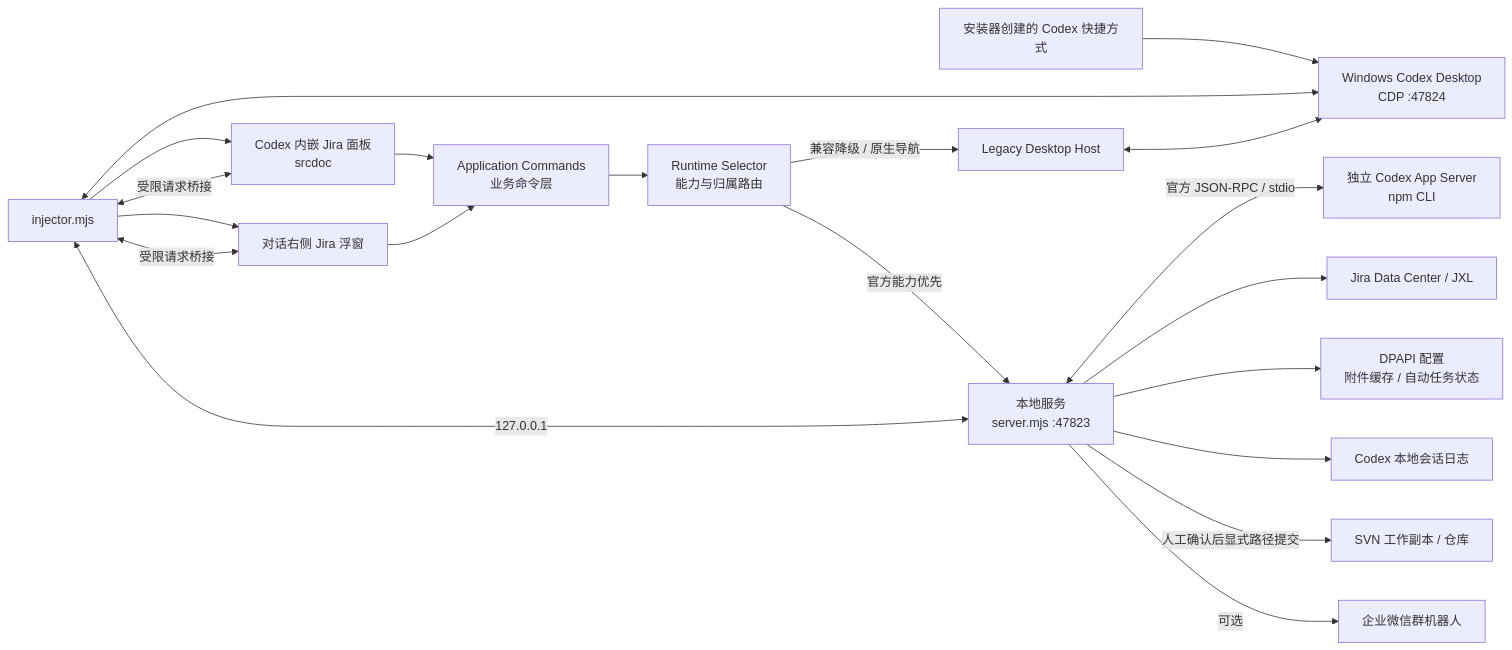
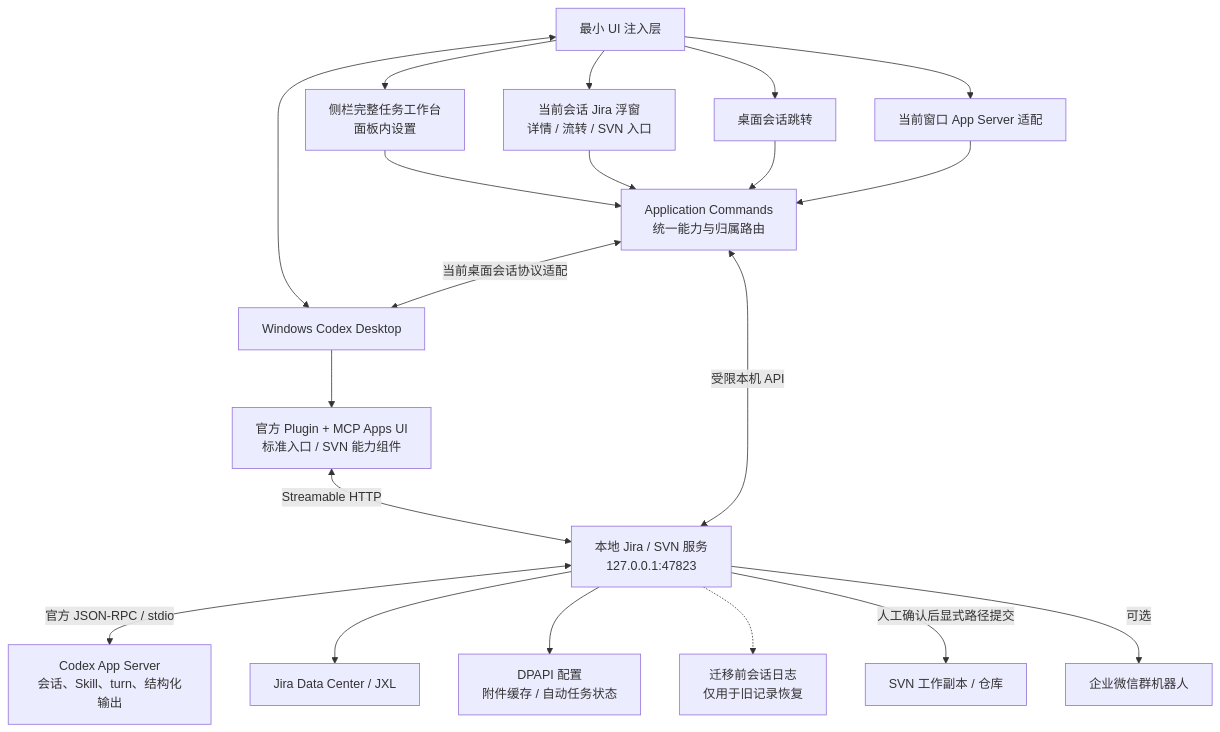
Before and after one commit to yzj555/jira-codex-panel-poc: the diagram in README.md, drawn with Mermaid. The commit also changed other lines of this file and 53 other files, not shown here.

First line of the commit message:
完成 Jira Codex 架构迁移并优化任务工作台

```diff
--- a/README.md
+++ b/README.md
@@ -423,22 +451,24 @@
 ~~~mermaid
-flowchart LR
-    Shortcut["安装器创建的 Codex 快捷方式"] --> Codex["Windows Codex Desktop<br/>CDP :47824"]
-    Injector["injector.mjs"] <--> Codex
-    Injector --> Panel["Codex 内嵌 Jira 面板<br/>srcdoc"]
-    Injector --> Float["对话右侧 Jira 浮窗"]
-    Panel --> Commands["Application Commands<br/>业务命令层"]
+flowchart TB
+    Codex["Windows Codex Desktop"] --> Plugin["官方 Plugin + MCP Apps UI<br/>标准入口 / SVN 能力组件"]
+    Plugin <-->|Streamable HTTP| Server["本地 Jira / SVN 服务<br/>127.0.0.1:47823"]
+    Server <-->|官方 JSON-RPC / stdio| AppServer["Codex App Server<br/>会话、Skill、turn、结构化输出"]
+
+    Injector["最小 UI 注入层"] <--> Codex
+    Injector --> Sidebar["侧栏完整任务工作台<br/>面板内设置"]
+    Injector --> Float["当前会话 Jira 浮窗<br/>详情 / 流转 / SVN 入口"]
+    Injector --> Navigation["桌面会话跳转"]
+    Injector --> DesktopAdapter["当前窗口 App Server 适配"]
+    Sidebar --> Commands["Application Commands<br/>统一能力与归属路由"]
     Float --> Commands
-    Commands --> Selector["Runtime Selector<br/>能力与归属路由"]
-    Selector -->|官方能力优先| Server
-    Selector -->|兼容降级 / 原生导航| Legacy["Legacy Desktop Host"]
-    Legacy <--> Codex
-    Panel <-->|受限请求桥接| Injector
-    Float <-->|受限请求桥接| Injector
-    Injector <-->|127.0.0.1| Server["本地服务<br/>server.mjs :47823"]
-    Server <-->|官方 JSON-RPC / stdio| AppServer["独立 Codex App Server<br/>npm CLI"]
+    Navigation --> Commands
+    DesktopAdapter --> Commands
+    Commands <-->|受限本机 API| Server
+    Commands <-->|当前桌面会话协议适配| Codex
+
     Server --> Jira["Jira Data Center / JXL"]
     Server --> UserData["DPAPI 配置<br/>附件缓存 / 自动任务状态"]
-    Server --> Sessions["Codex 本地会话日志"]
+    Server -.-> LegacySessions["迁移前会话日志<br/>仅用于旧记录恢复"]
     Server -->|人工确认后显式路径提交| SVN["SVN 工作副本 / 仓库"]
     Server -->|可选| WeCom["企业微信群机器人"]
 ~~~
```
